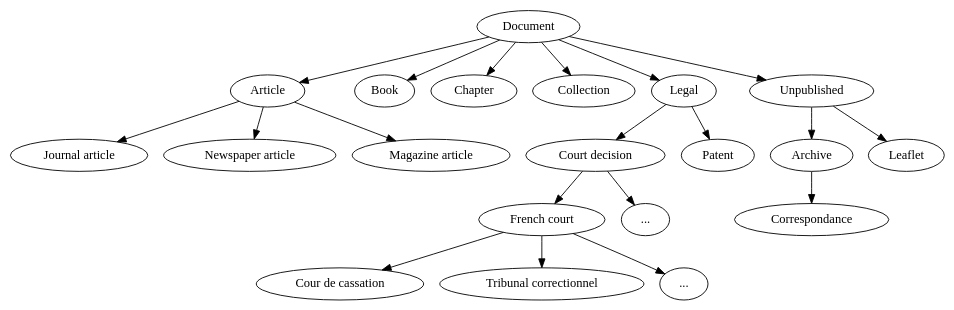
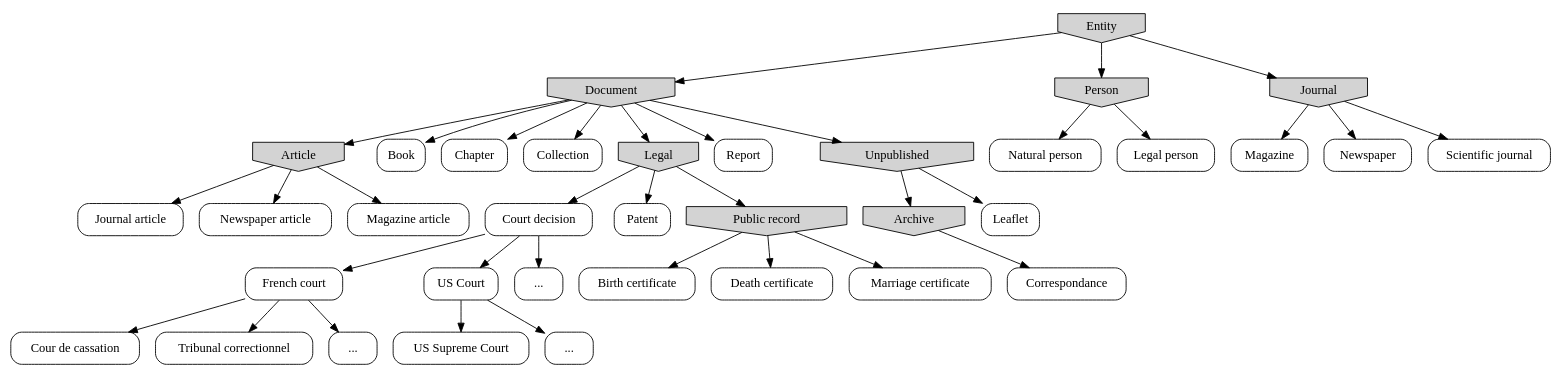
One commit to thblt/tkacz changed the diagram in README.org. Above: the diagram before and after it, drawn with Graphviz. The commit also changed other lines of this file and 2 other files, not shown here.

```diff
--- a/README.org
+++ b/README.org
@@ -309,36 +159,76 @@
-#+BEGIN_SRC dot :cmd dot :file images/DocumentHierarchy.png :exports results
-    digraph struct {
+#+BEGIN_SRC dot :cmd dot :file images/EntityHierarchy.png :exports results
+  digraph main {
+      node [shape=box, style=rounded]
+
+
+      Entity -> Document;
+
       Document -> Article;
       Article -> "Journal article";
       Article -> "Newspaper article";
       Article -> "Magazine article";
 
       Document -> Book
 
       Document -> Chapter
 
       Document -> Collection
 
       Document -> Legal
 
       Legal -> "Court decision"
       "Court decision" -> France
       France [label="French court"]
       France -> "Cour de cassation"
       France -> "Tribunal correctionnel"
       France -> ellipsis
 
+      "Court decision" -> "US Court"
+      "US Court" -> "US Supreme Court"
+      "US Court" -> ellipsis3
+
       "Court decision" -> ellipsis2
 
       Legal -> Patent
+
+      Legal -> pubrec
+      pubrec [label="Public record"]
+      pubrec -> "Birth certificate"
+      pubrec -> "Death certificate"
+      pubrec -> "Marriage certificate"
+
+
+      Document -> Report
 
       Document -> Unpublished
 
       Unpublished -> Archive
       Unpublished -> Leaflet
       Archive -> Correspondance
 
-      ellipsis [label="..."]
-      ellipsis2 [label="..."]
-  }
+      ellipsis,
+      ellipsis2,
+      ellipsis3 [label="..."]
+
+      Entity -> Person
+
+      Person -> "Natural person";
+      Person -> "Legal person";
+
+      Entity -> Journal;
+
+      Journal -> Magazine;
+      Journal -> Newspaper;
+      Journal -> "Scientific journal";
+
+      Entity,
+      Document,
+      Article,
+      Legal,
+      pubrec,
+      Unpublished,
+      Archive,
+      Journal,
+      Person [shape=invhouse, style=filled, fillcolor=lightgray]
+    }
 #+END_SRC
```
